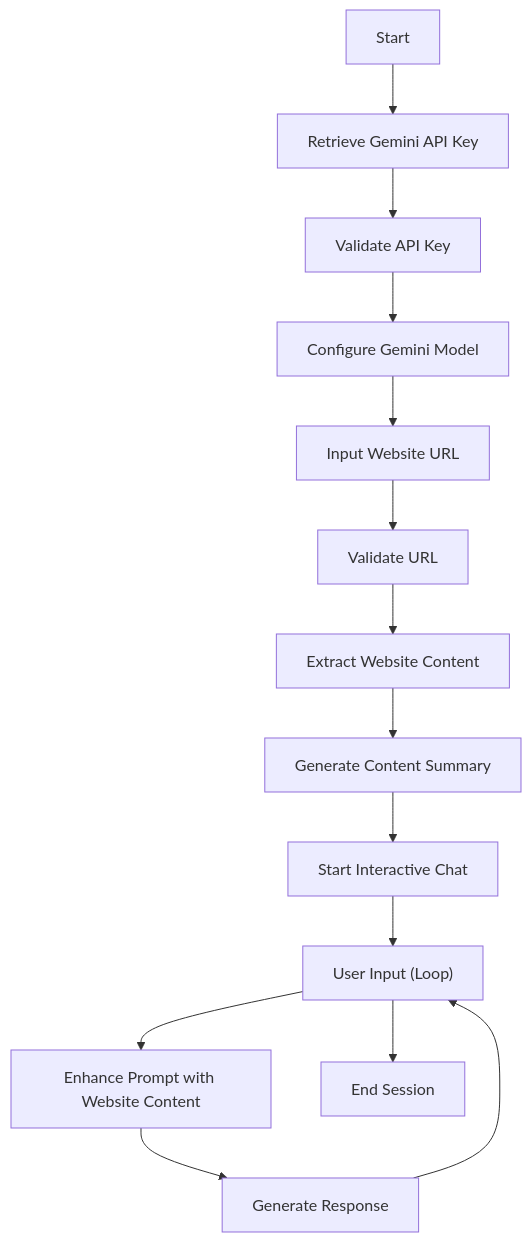
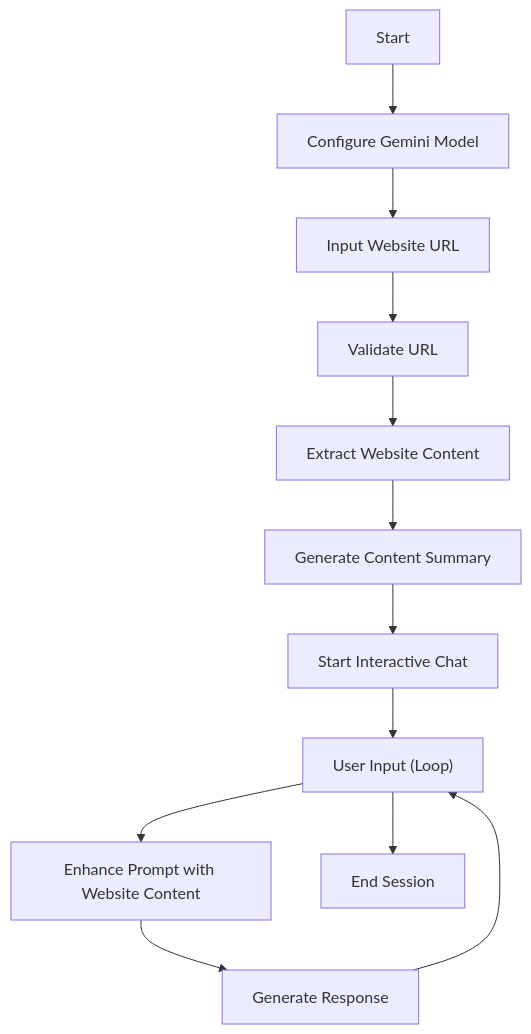
The diagram in README.md (Nanusharma/webiste-chatbot-using-gemini), drawn with Mermaid before and after one commit.

````diff
--- a/README.md
+++ b/README.md
@@ -42,16 +42,14 @@
 ```mermaid
 graph TD
-    Start --> GetAPIKey["Retrieve Gemini API Key"]
-    GetAPIKey --> ValidateKey["Validate API Key"]
-    ValidateKey --> ConfigModel["Configure Gemini Model"]
+    Start -->ConfigModel["Configure Gemini Model"]
     ConfigModel --> InputURL["Input Website URL"]
     InputURL --> ValidateURL["Validate URL"]
     ValidateURL --> ExtractContent["Extract Website Content"]
     ExtractContent --> GenerateSummary["Generate Content Summary"]
     GenerateSummary --> StartChat["Start Interactive Chat"]
     StartChat --> UserInput["User Input (Loop)"]
     UserInput --> EnhancePrompt["Enhance Prompt with Website Content"]
     EnhancePrompt --> GenerateResponse["Generate Response"]
     GenerateResponse --> UserInput
     UserInput --> End["End Session"]
 ```
````
